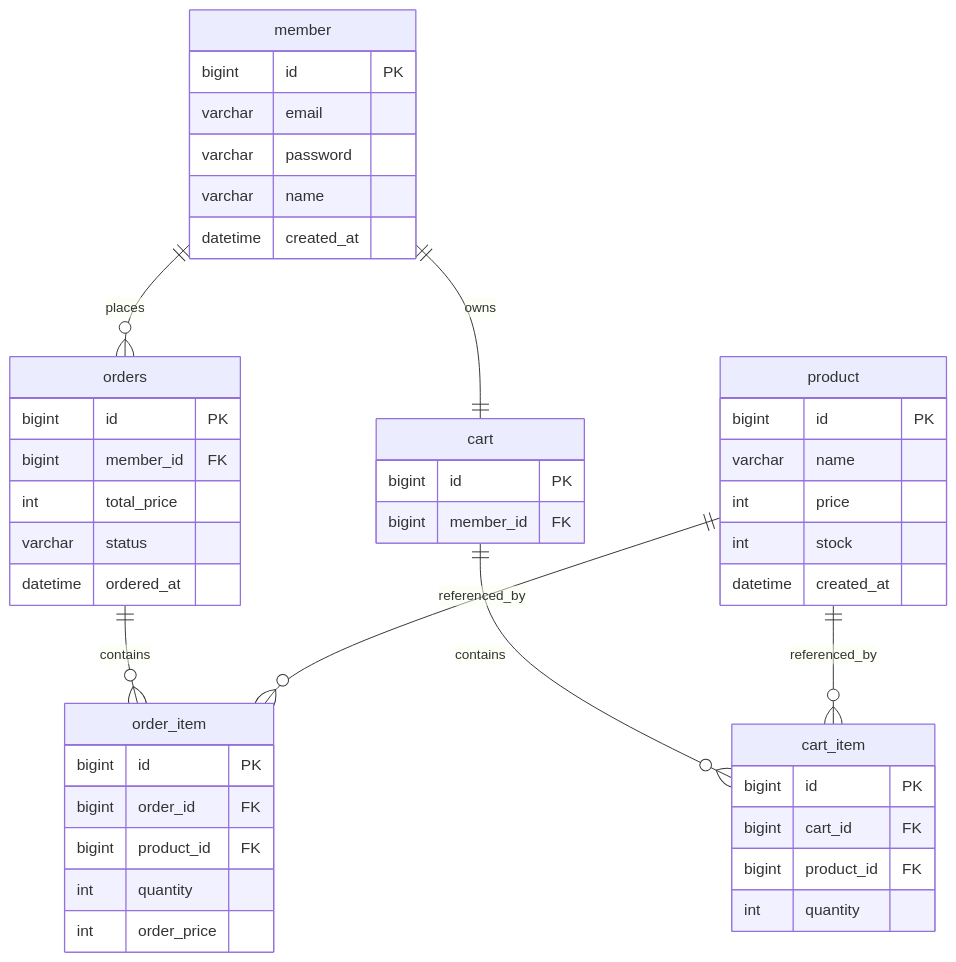
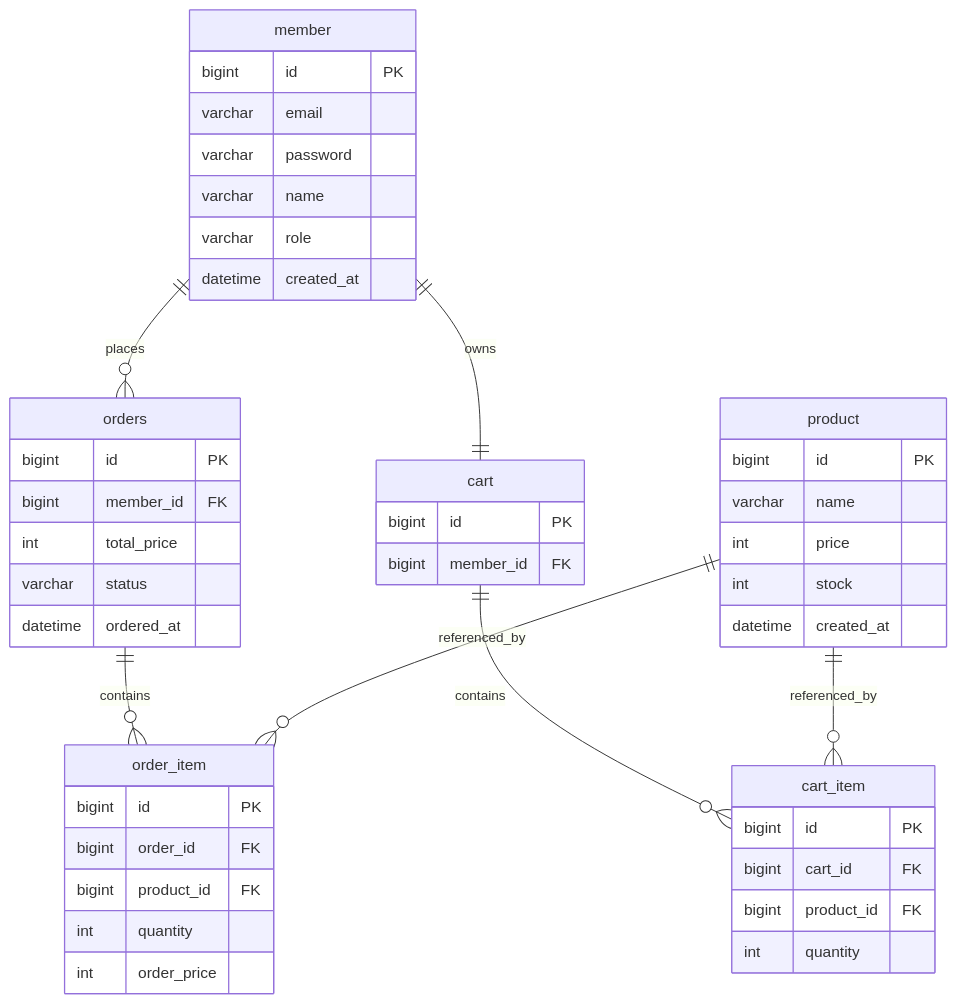
The diagram in README.md (bellsilver7/nabom-market), drawn with Mermaid before and after one commit. The commit also changed other lines of this file and 13 other files, not shown here.

````diff
--- a/README.md
+++ b/README.md
@@ -124,48 +125,49 @@
 ```mermaid
 erDiagram
     member ||--o{ orders : places
     member ||--|| cart : owns
     cart ||--o{ cart_item : contains
     orders ||--o{ order_item : contains
     product ||--o{ cart_item : referenced_by
     product ||--o{ order_item : referenced_by
 
     member {
         bigint id PK
         varchar email
         varchar password
         varchar name
+        varchar role
         datetime created_at
     }
     product {
         bigint id PK
         varchar name
         int price
         int stock
         datetime created_at
     }
     cart {
         bigint id PK
         bigint member_id FK
     }
     cart_item {
         bigint id PK
         bigint cart_id FK
         bigint product_id FK
         int quantity
     }
     orders {
         bigint id PK
         bigint member_id FK
         int total_price
         varchar status
         datetime ordered_at
     }
     order_item {
         bigint id PK
         bigint order_id FK
         bigint product_id FK
         int quantity
         int order_price
     }
 ```
````
